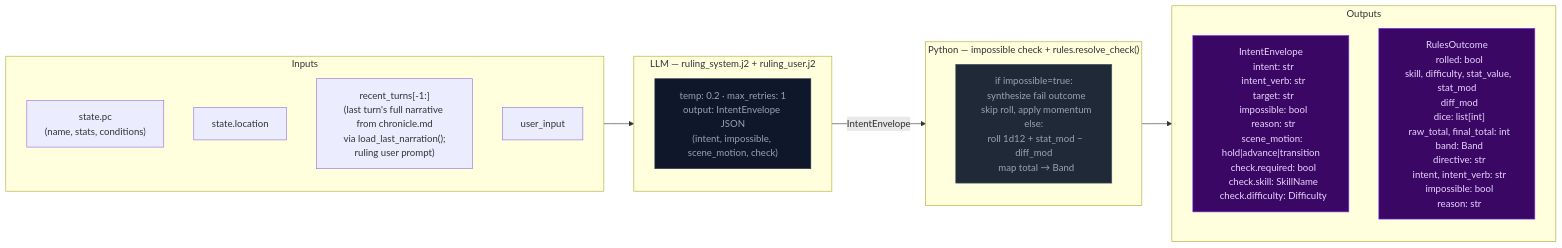
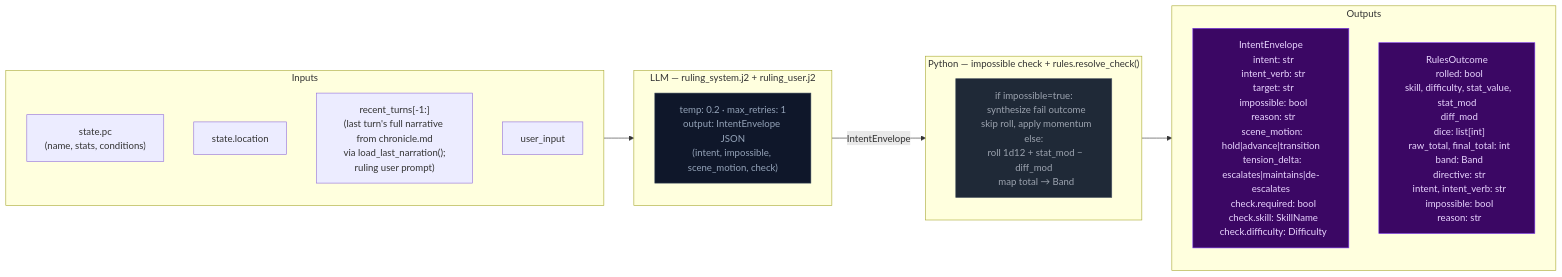
The first of 3 diagrams in docs/architecture/step0-ruling.md (pww217/fablethread), drawn with Mermaid before and after one commit. The commit also changed 6 other files, not shown here.

First line of the commit message:
foundation: Add tension_delta field, scene phase config thresholds, and ruling prompt schema

````diff
--- a/docs/architecture/step0-ruling.md
+++ b/docs/architecture/step0-ruling.md
@@ -8,31 +8,31 @@
 ```mermaid
 flowchart LR
     classDef stageRules fill:#4c1d95,color:#ddd6fe,stroke:#7c3aed
     classDef llmNode    fill:#0f172a,color:#94a3b8,stroke:#334155
     classDef pyNode     fill:#1f2937,color:#9ca3af,stroke:#4b5563
     classDef outNode    fill:#3b0764,color:#e9d5ff,stroke:#7c3aed
 
     subgraph IN["Inputs"]
         I1["state.pc<br>(name, stats, conditions)"]
         I2["state.location"]
         I3["recent_turns[-1:]<br>(last turn's full narrative from chronicle.md<br>via load_last_narration();<br>ruling user prompt)"]
         I4["user_input"]
     end
 
     subgraph LLM0["LLM — ruling_system.j2 + ruling_user.j2"]
         L0["temp: 0.2 · max_retries: 1<br>output: IntentEnvelope JSON<br>(intent, impossible, scene_motion, check)"]:::llmNode
     end
 
     subgraph PYRES["Python — impossible check + rules.resolve_check()"]
         P0["if impossible=true:<br>  synthesize fail outcome<br>  skip roll, apply momentum<br>else:<br>  roll 1d12 + stat_mod − diff_mod<br>  map total → Band"]:::pyNode
     end
 
     subgraph OUT["Outputs"]
-        O1["IntentEnvelope<br>  intent: str<br>  intent_verb: str<br>  target: str<br>  impossible: bool<br>  reason: str<br>  scene_motion: hold|advance|transition<br>  check.required: bool<br>  check.skill: SkillName<br>  check.difficulty: Difficulty"]:::outNode
+        O1["IntentEnvelope<br>  intent: str<br>  intent_verb: str<br>  target: str<br>  impossible: bool<br>  reason: str<br>  scene_motion: hold|advance|transition<br>  tension_delta: escalates|maintains|de-escalates<br>  check.required: bool<br>  check.skill: SkillName<br>  check.difficulty: Difficulty"]:::outNode
         O2["RulesOutcome<br>  rolled: bool<br>  skill, difficulty, stat_value, stat_mod<br>  diff_mod<br>  dice: list[int]<br>  raw_total, final_total: int<br>  band: Band<br>  directive: str<br>  intent, intent_verb: str<br>  impossible: bool<br>  reason: str"]:::outNode
     end
 
     IN --> LLM0
     LLM0 -- "IntentEnvelope" --> PYRES
     PYRES --> OUT
 ```
````
